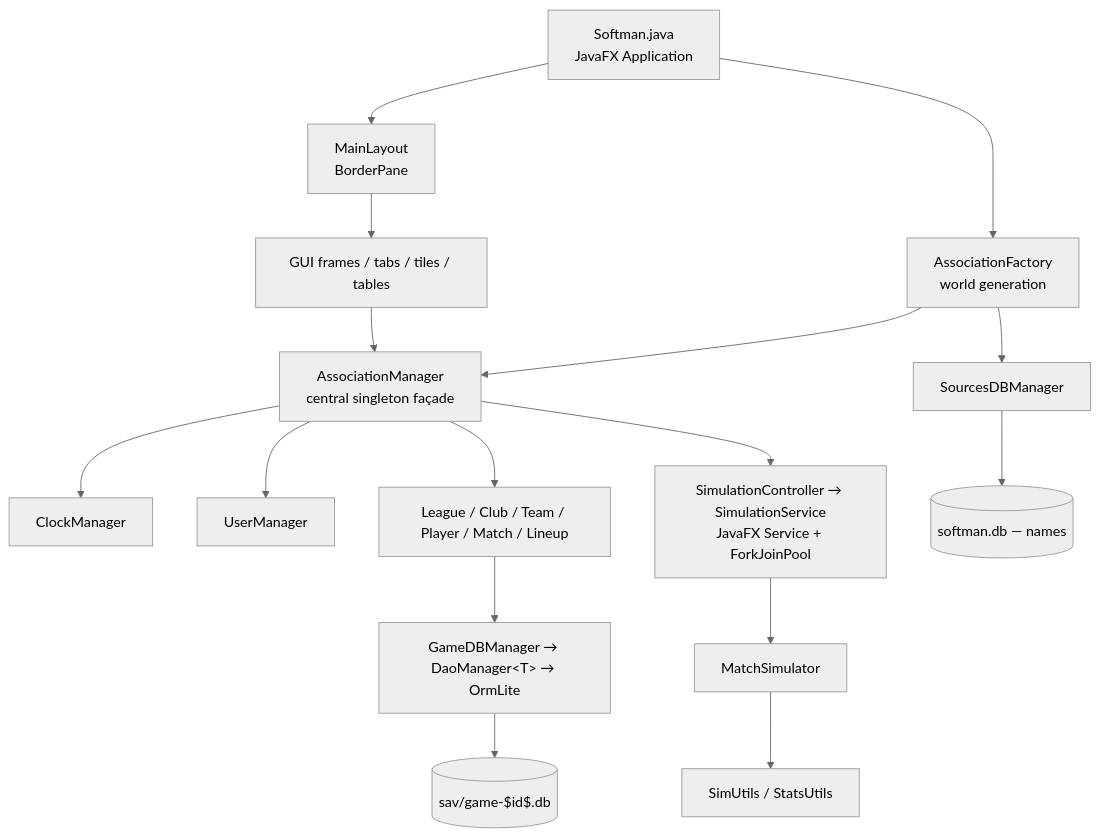
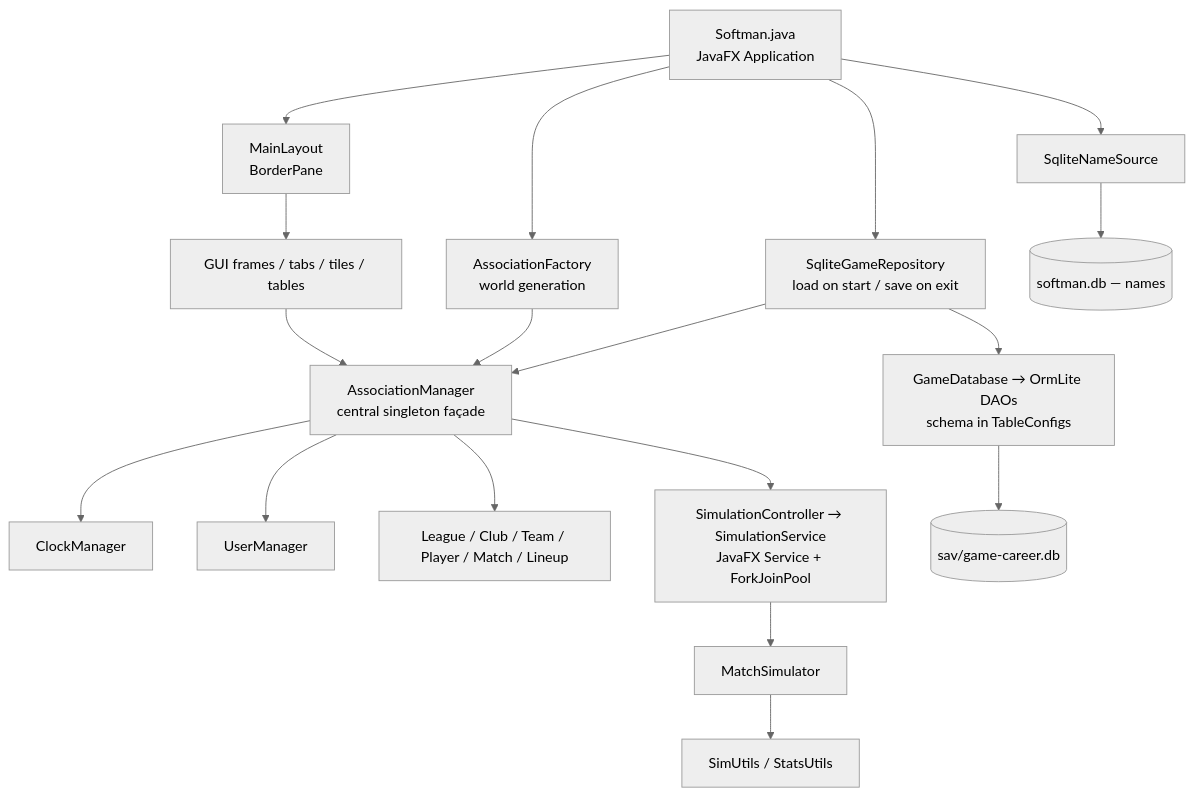
Before and after one commit to AloisSeckar/SoftMan: the diagram in SUMMARY.md, drawn with Mermaid (neutral theme). The commit also changed other lines of this file and 3 other files, not shown here.

````diff
--- a/SUMMARY.md
+++ b/SUMMARY.md
@@ -33,17 +35,19 @@
 ```mermaid
 graph TD
     A[Softman.java<br/>JavaFX Application] --> B[MainLayout<br/>BorderPane]
     A --> C[AssociationFactory<br/>world generation]
+    A --> P[SqliteGameRepository<br/>load on start / save on exit]
     B --> D[GUI frames / tabs / tiles / tables]
     D --> E[AssociationManager<br/>central singleton façade]
     C --> E
+    P --> E
     E --> F[ClockManager]
     E --> G[UserManager]
     E --> H[League / Club / Team / Player / Match / Lineup]
     E --> I[SimulationController → SimulationService<br/>JavaFX Service + ForkJoinPool]
     I --> J[MatchSimulator]
     J --> K[SimUtils / StatsUtils]
-    H --> L[GameDBManager → DaoManager&lt;T&gt; → OrmLite]
-    L --> M[(sav/game-$id$.db)]
-    C --> N[SourcesDBManager] --> O[(softman.db — names)]
+    P --> L[GameDatabase → OrmLite DAOs<br/>schema in TableConfigs]
+    L --> M[(sav/game-career.db)]
+    A --> N[SqliteNameSource] --> O[(softman.db — names)]
 ```
````
